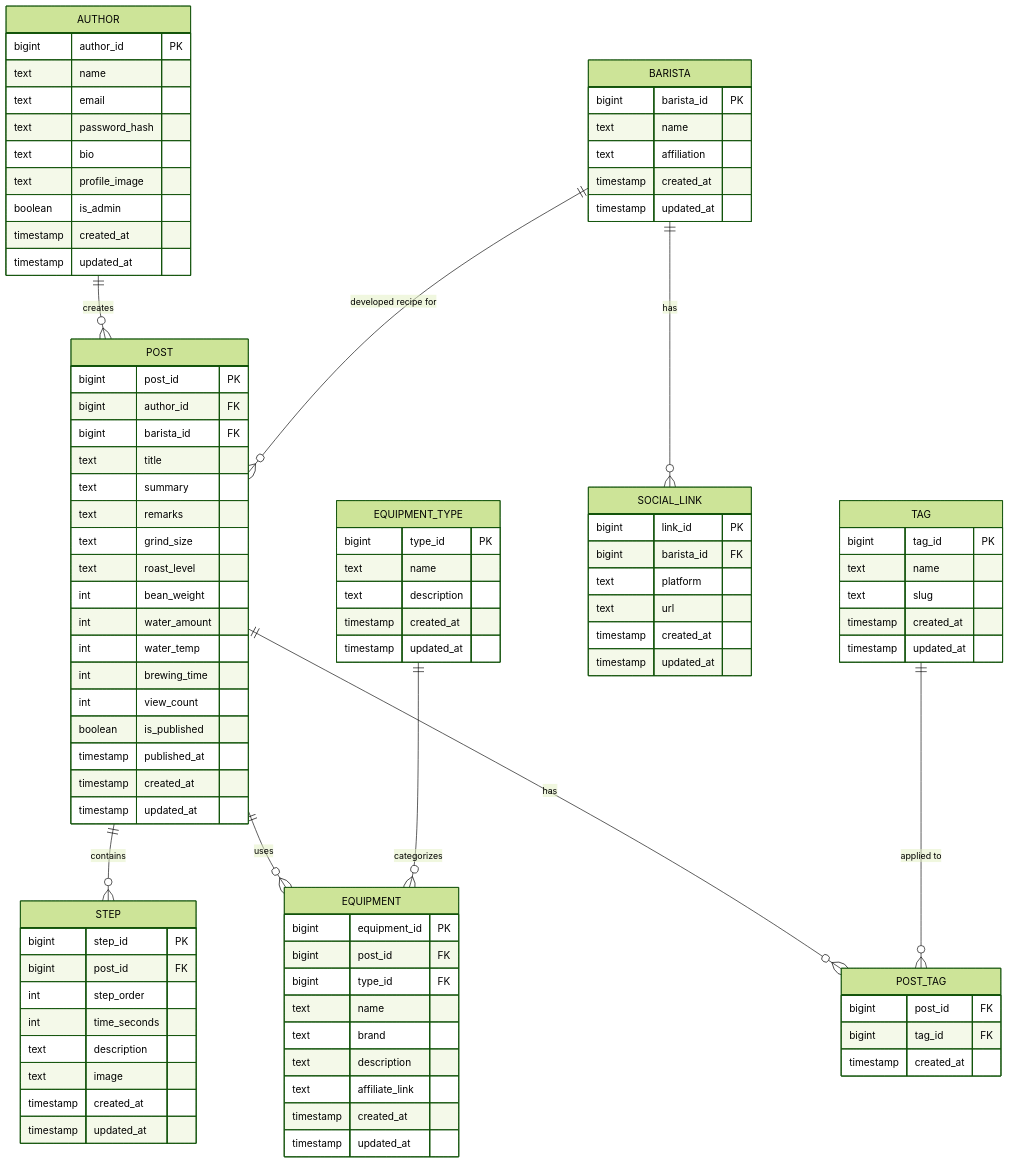
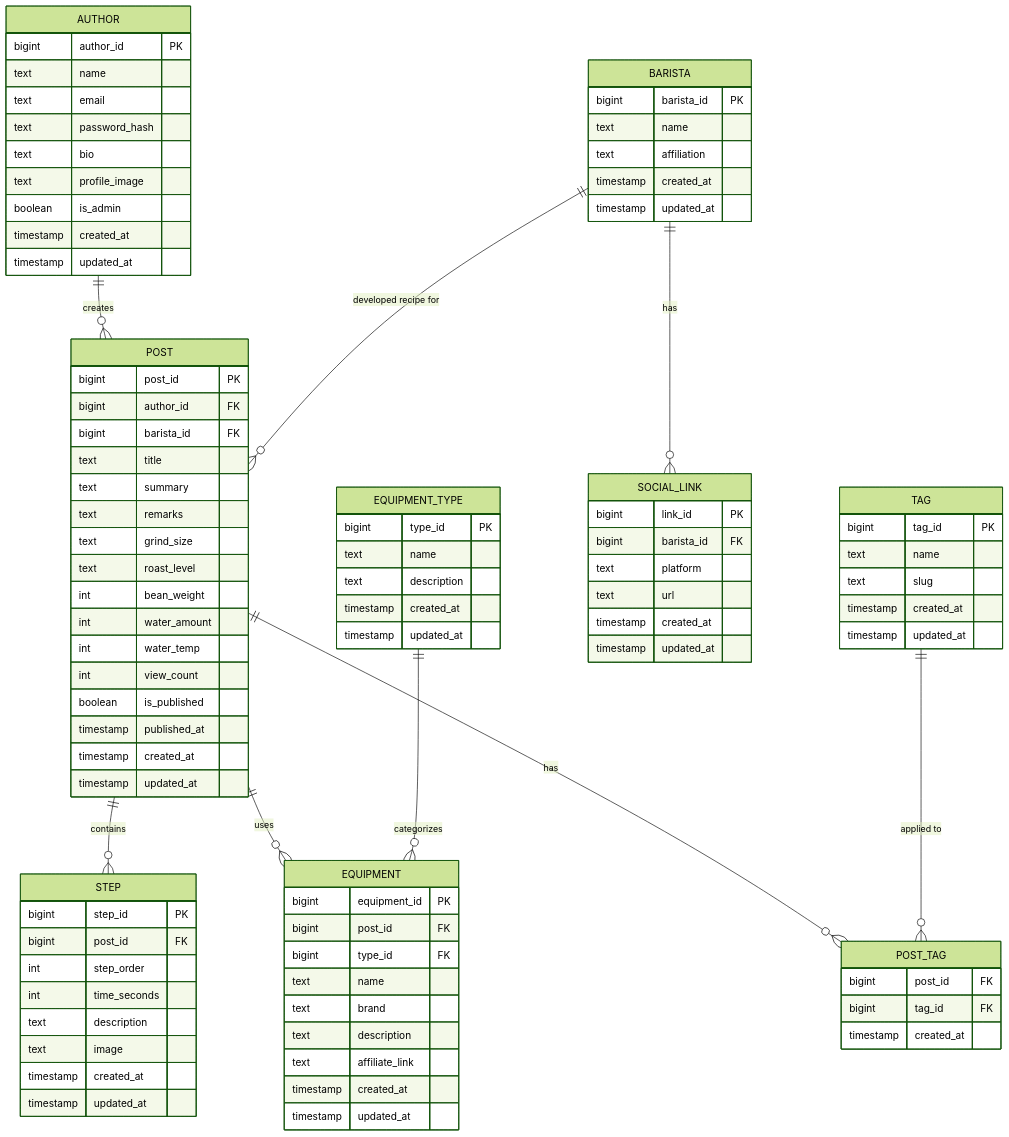
Before and after one commit to shosan16/coffee-blog: the diagram in .cursor/rules/structure/er-diagram.mdc, drawn with Mermaid (forest theme). The commit also changed 22 other files, not shown here.

Commit message:
brewing_time を レスポンスから削除

```diff
--- a/.cursor/rules/structure/er-diagram.mdc
+++ b/.cursor/rules/structure/er-diagram.mdc
@@ -57,7 +57,6 @@
         int bean_weight
         int water_amount
         int water_temp
-        int brewing_time
         int view_count
         boolean is_published
         timestamp published_at
```
